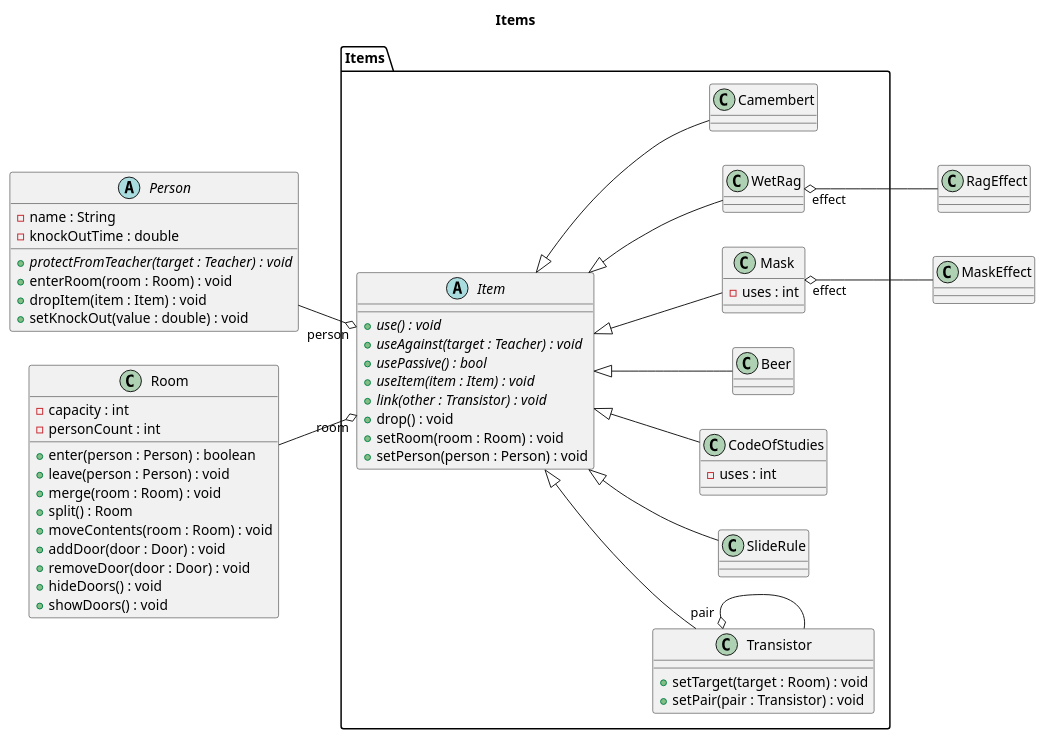
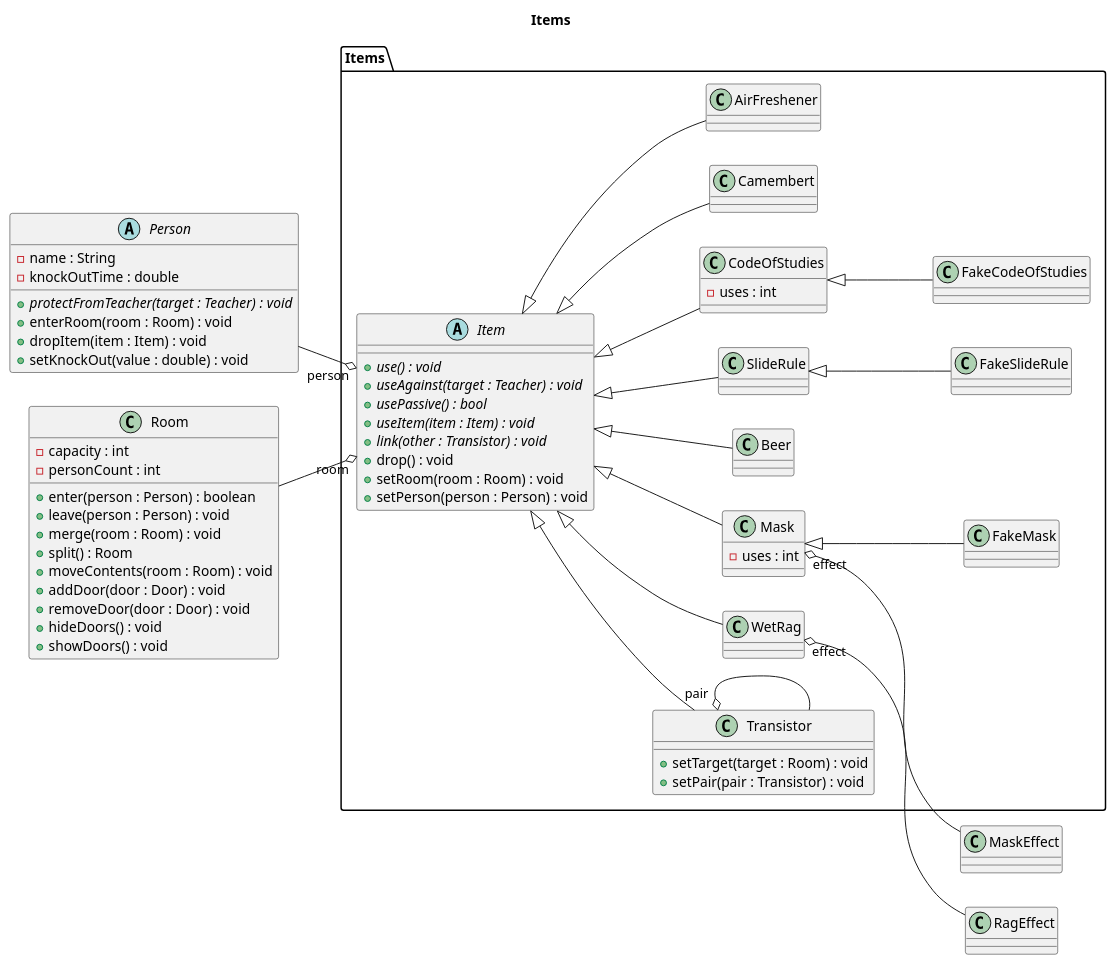
The diagram in docs/diagrams/class/items.puml (sn4k3ch4rm3r/logarlec), drawn with PlantUML before and after one commit. The commit also changed 3 other files, not shown here.

```diff
--- a/docs/diagrams/class/items.puml
+++ b/docs/diagrams/class/items.puml
@@ -1,81 +1,94 @@
 @startuml items
 
 title Items
 left to right direction
 
 package Items {
 	abstract Item {
 		+ {abstract} use() : void
 		+ {abstract} useAgainst(target : Teacher) : void
 		+ {abstract} usePassive() : bool
 		+ {abstract} useItem(item : Item) : void
 		+ {abstract} link(other : Transistor) : void
 		+ drop() : void
 		+ setRoom(room : Room) : void
 		+ setPerson(person : Person) : void	
 	}
 	
 	class SlideRule
+
+	class FakeSlideRule
 	
 	class Transistor {
 		+ setTarget(target : Room) : void
 		+ setPair(pair : Transistor) : void
 	}
 	
 	class CodeOfStudies {
 		- uses : int
 	}
+
+	class FakeCodeOfStudies
 	
 	class Beer 
 	
 	class WetRag 
 	
 	class Mask {
 		- uses : int
 	}
 
+	class FakeMask
+
 	class Camembert
+
+    class AirFreshener
 
 	together {
 		Item <|-- SlideRule
 		Item <|-- Transistor
 		Item <|-- CodeOfStudies
 		Item <|-- Beer
 		Item <|-- WetRag
 		Item <|-- Mask
 		Item <|-- Camembert
+		Item <|-- AirFreshener
+
+        CodeOfStudies <|-- FakeCodeOfStudies
+        Mask <|-- FakeMask
+        SlideRule <|-- FakeSlideRule
 	}
 
 	Transistor "pair" o- Transistor
 }
 
 abstract Person {
 	- name : String
 	- knockOutTime : double
 	+ {abstract} protectFromTeacher(target : Teacher) : void
 	+ enterRoom(room : Room) : void
 	+ dropItem(item : Item) : void
 	+ setKnockOut(value : double) : void
 }
 
 class Room {
 	- capacity : int
 	- personCount : int
 	+ enter(person : Person) : boolean
 	+ leave(person : Person) : void
 	+ merge(room : Room) : void
 	+ split() : Room
 	+ moveContents(room : Room) : void
 	+ addDoor(door : Door) : void
 	+ removeDoor(door : Door) : void 
 	+ hideDoors() : void
 	+ showDoors() : void
 }
 
 Item "room" o-up- Room
 Item "person" o-up- Person
 
 WetRag "effect" o-- RagEffect
 Mask "effect" o-- MaskEffect
 
 @enduml
```
